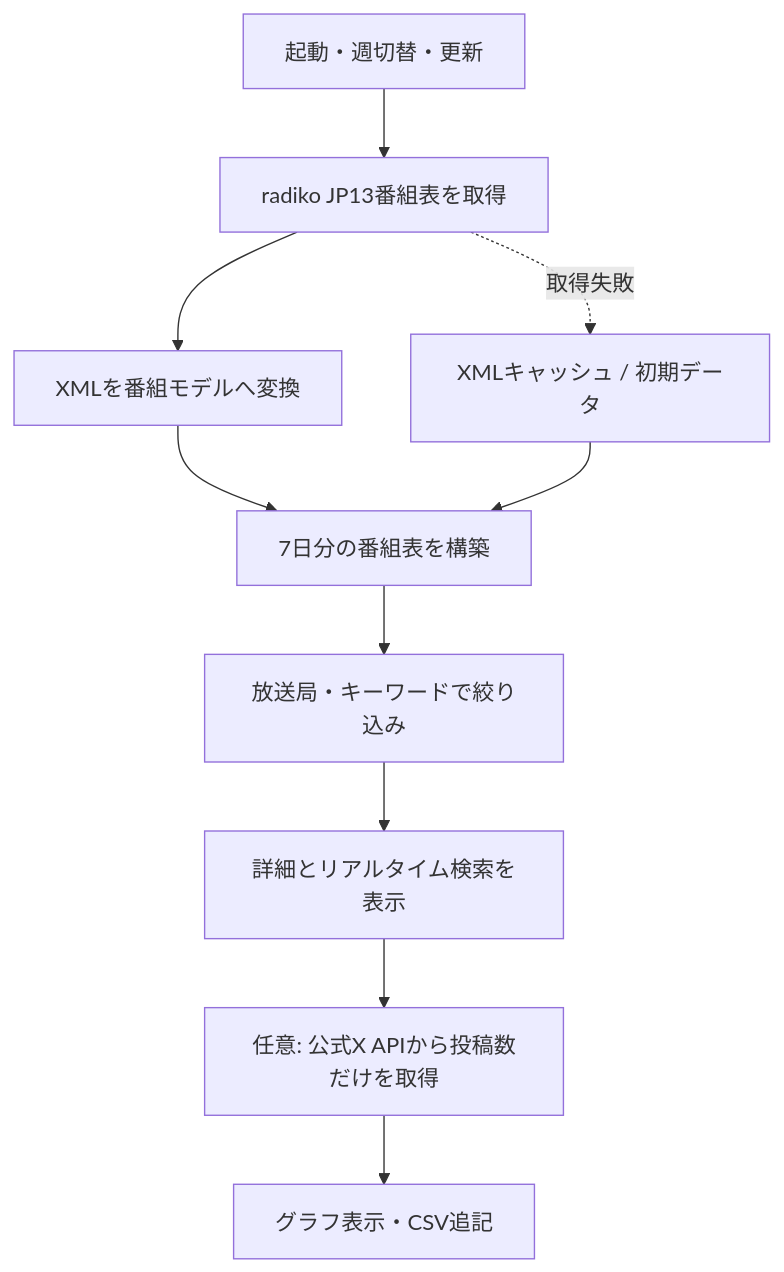
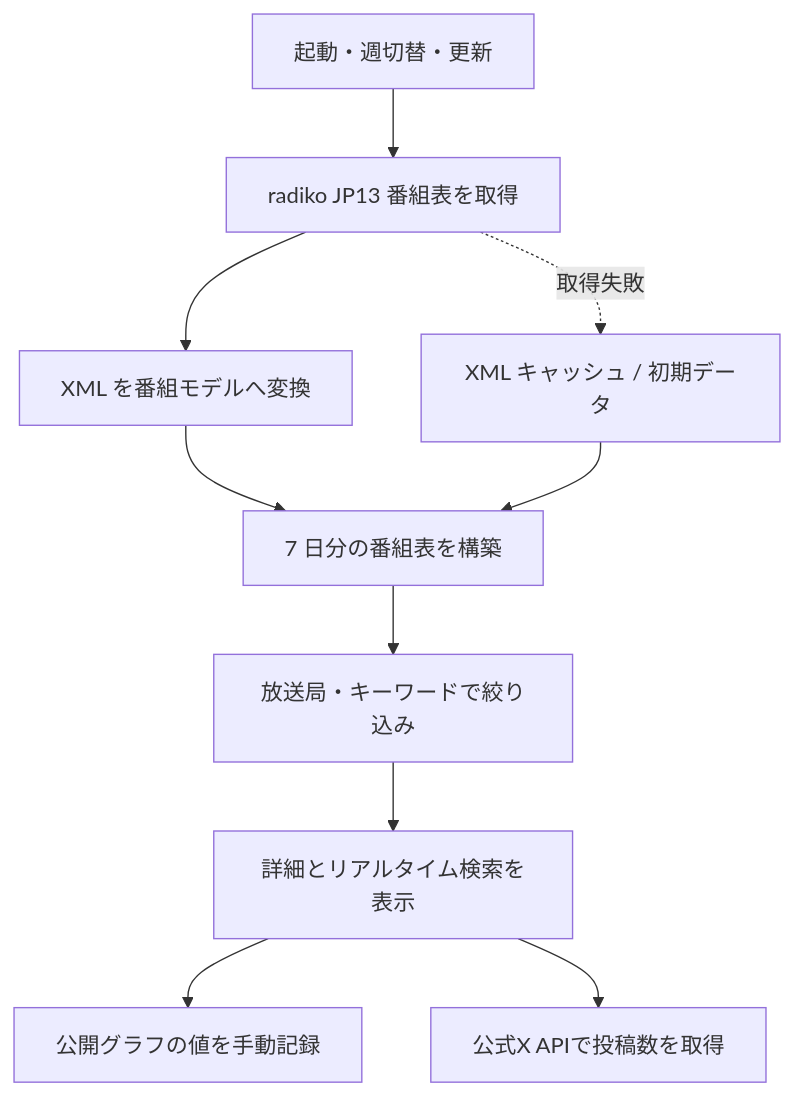
The diagram in README.md (KK1234-dev/RadioPulseViewer), drawn with Mermaid before and after one commit. The commit also changed other lines of this file, not shown here.

Commit message:
docs: add public graph recording workflow

````diff
--- a/README.md
+++ b/README.md
@@ -32,12 +32,12 @@
 ```mermaid
 flowchart TD
-    A["起動・週切替・更新"] --> B["radiko JP13番組表を取得"]
-    B --> C["XMLを番組モデルへ変換"]
-    C --> D["7日分の番組表を構築"]
+    A["起動・週切替・更新"] --> B["radiko JP13 番組表を取得"]
+    B --> C["XML を番組モデルへ変換"]
+    C --> D["7 日分の番組表を構築"]
     D --> E["放送局・キーワードで絞り込み"]
     E --> F["詳細とリアルタイム検索を表示"]
-    F --> G["任意: 公式X APIから投稿数だけを取得"]
-    G --> H["グラフ表示・CSV追記"]
-    B -. "取得失敗" .-> I["XMLキャッシュ / 初期データ"]
-    I --> D
+    F --> H["公開グラフの値を手動記録"]
+    F --> I["公式X APIで投稿数を取得"]
+    B -. "取得失敗" .-> G["XML キャッシュ / 初期データ"]
+    G --> D
 ```
````
